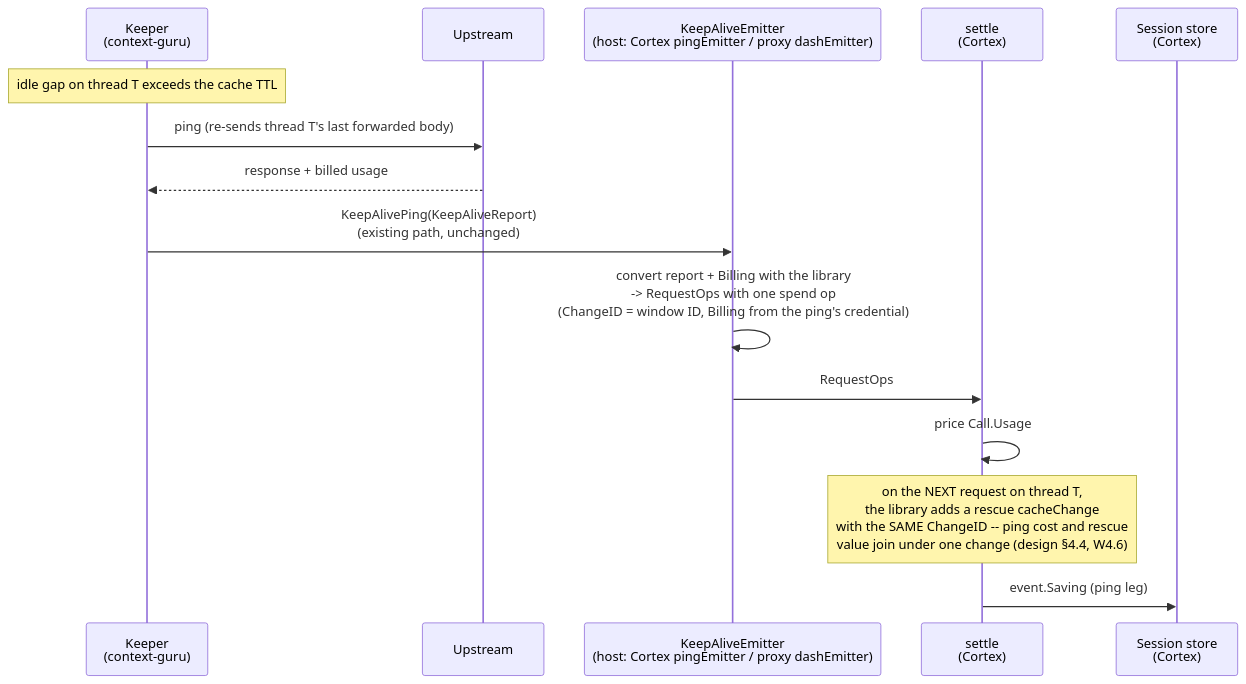
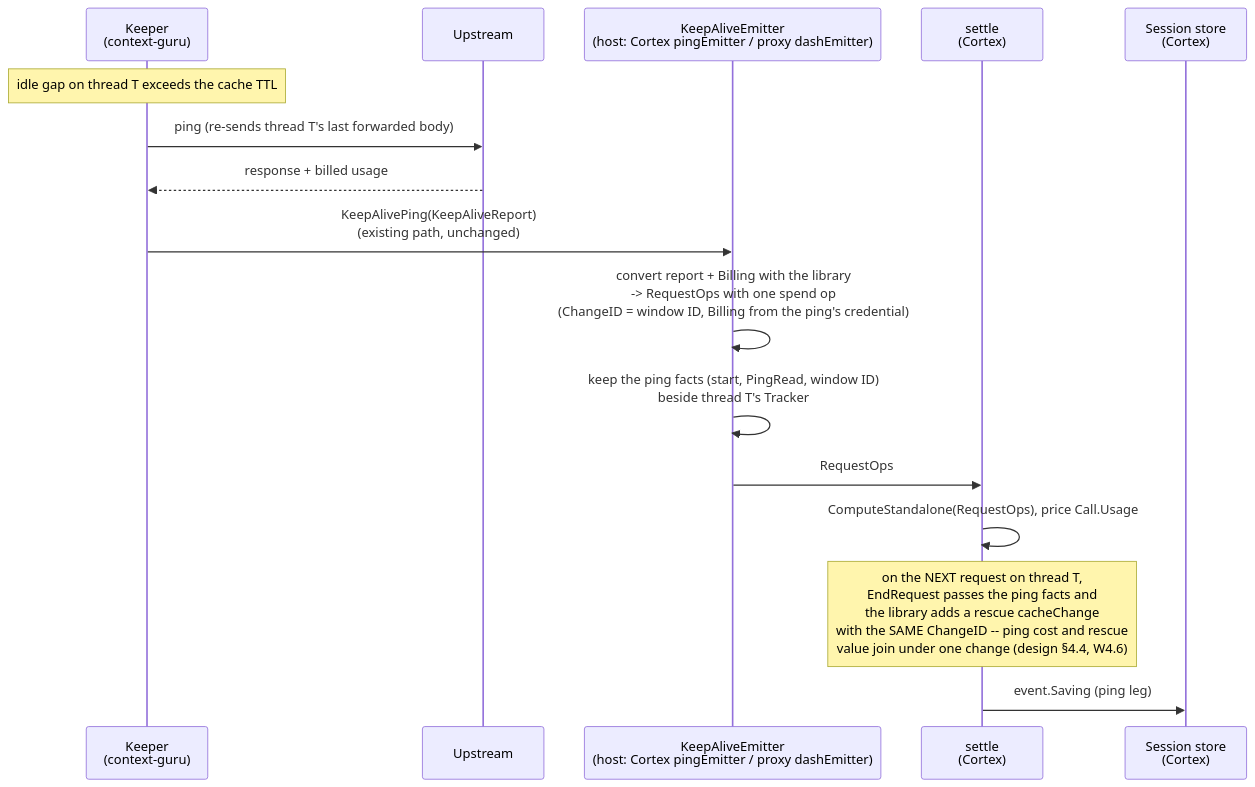
The third of 3 diagrams in docs/counterfactual/cortex-wiring.md (rossoctl/context-guru), drawn with Mermaid before and after one commit. The commit also changed other lines of this file and 4 other files, not shown here.

````diff
--- a/docs/counterfactual/cortex-wiring.md
+++ b/docs/counterfactual/cortex-wiring.md
@@ -201,18 +211,19 @@
 ```mermaid
 sequenceDiagram
     participant Keeper as Keeper<br/>(context-guru)
     participant Upstream
     participant Emitter as KeepAliveEmitter<br/>(host: Cortex pingEmitter / proxy dashEmitter)
     participant Settle as settle<br/>(Cortex)
     participant Store as Session store<br/>(Cortex)
 
     Note over Keeper: idle gap on thread T exceeds the cache TTL
     Keeper->>Upstream: ping (re-sends thread T's last forwarded body)
     Upstream-->>Keeper: response + billed usage
     Keeper->>Emitter: KeepAlivePing(KeepAliveReport)<br/>(existing path, unchanged)
     Emitter->>Emitter: convert report + Billing with the library<br/>-> RequestOps with one spend op<br/>(ChangeID = window ID, Billing from the ping's credential)
+    Emitter->>Emitter: keep the ping facts (start, PingRead, window ID)<br/>beside thread T's Tracker
     Emitter->>Settle: RequestOps
-    Settle->>Settle: price Call.Usage
-    Note over Settle: on the NEXT request on thread T,<br/>the library adds a rescue cacheChange<br/>with the SAME ChangeID -- ping cost and rescue<br/>value join under one change (design §4.4, W4.6)
+    Settle->>Settle: ComputeStandalone(RequestOps), price Call.Usage
+    Note over Settle: on the NEXT request on thread T,<br/>EndRequest passes the ping facts and<br/>the library adds a rescue cacheChange<br/>with the SAME ChangeID -- ping cost and rescue<br/>value join under one change (design §4.4, W4.6)
     Settle->>Store: event.Saving (ping leg)
 ```
````
